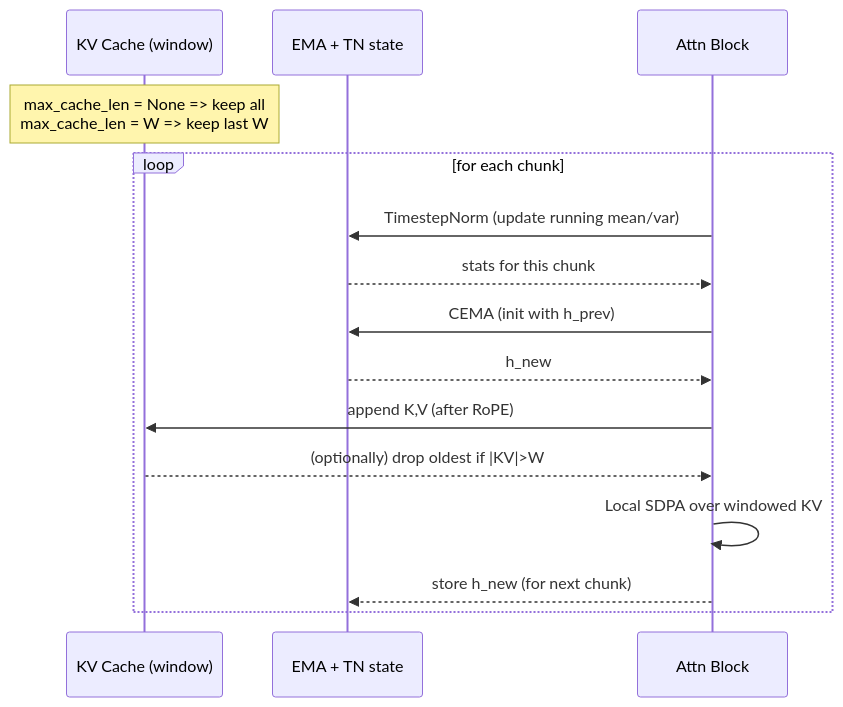
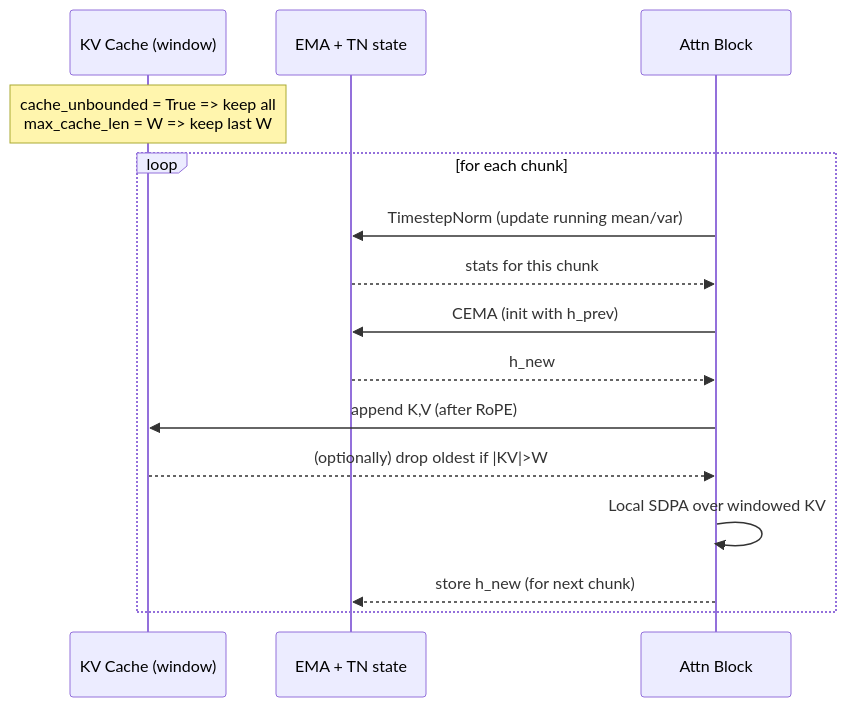
Before and after one commit to pszemraj/megalodon-hf: the second of 3 diagrams in docs/long_context_streaming.md, drawn with Mermaid. The commit also changed other lines of this file and 4 other files, not shown here.

````diff
--- a/docs/long_context_streaming.md
+++ b/docs/long_context_streaming.md
@@ -55,18 +55,18 @@
 ```mermaid
 sequenceDiagram
     participant Cache as KV Cache (window)
     participant State as EMA + TN state
     participant Block as Attn Block
-    Note over Cache: max_cache_len = None => keep all<br/>max_cache_len = W => keep last W
+    Note over Cache: cache_unbounded = True => keep all<br/>max_cache_len = W => keep last W
 
     Loop for each chunk
         Block->>State: TimestepNorm (update running mean/var)
         State-->>Block: stats for this chunk
         Block->>State: CEMA (init with h_prev)
         State-->>Block: h_new
         Block->>Cache: append K,V (after RoPE)
         Cache-->>Block: (optionally) drop oldest if |KV|>W
         Block->>Block: Local SDPA over windowed KV
         Block-->>State: store h_new (for next chunk)
     end
 ```
````
